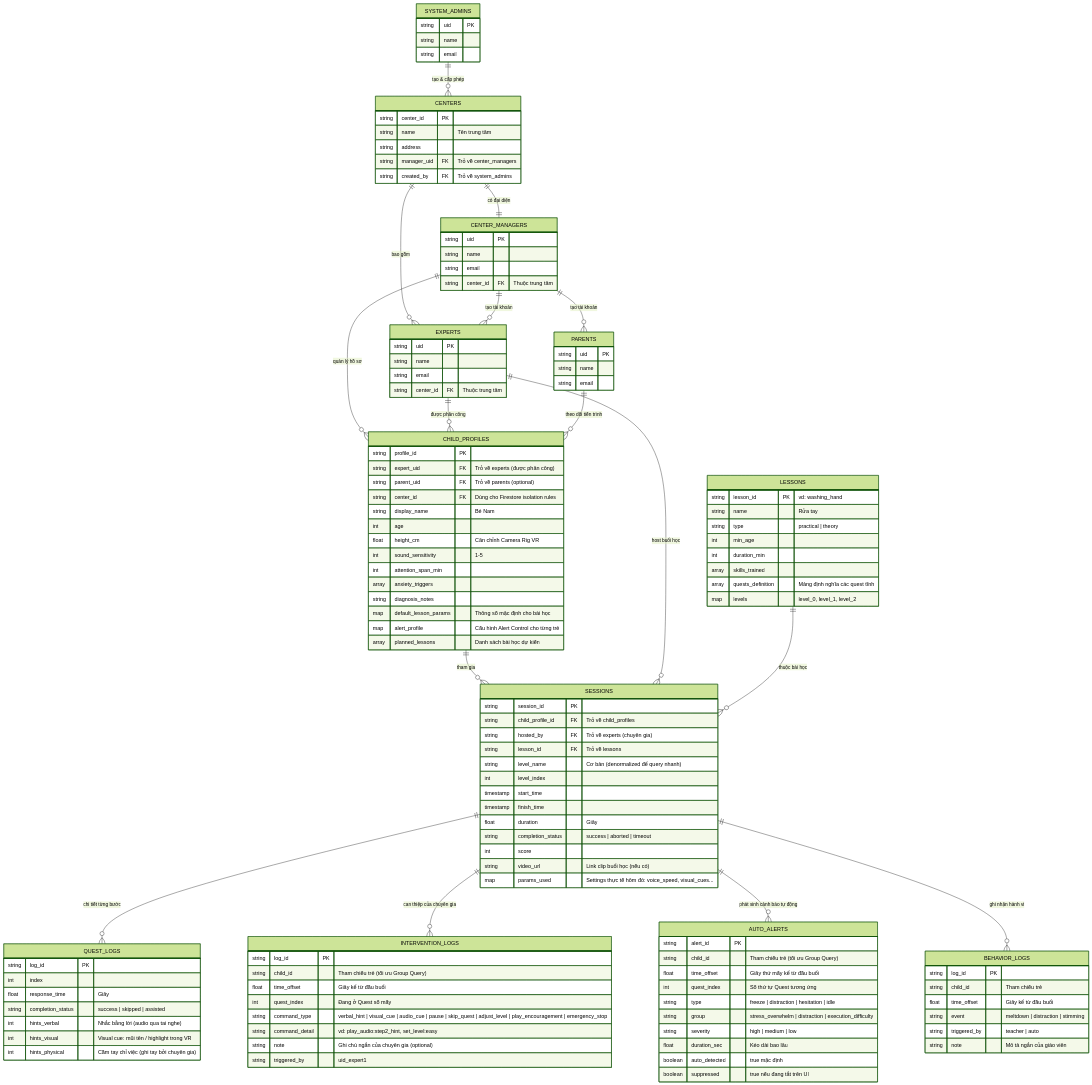
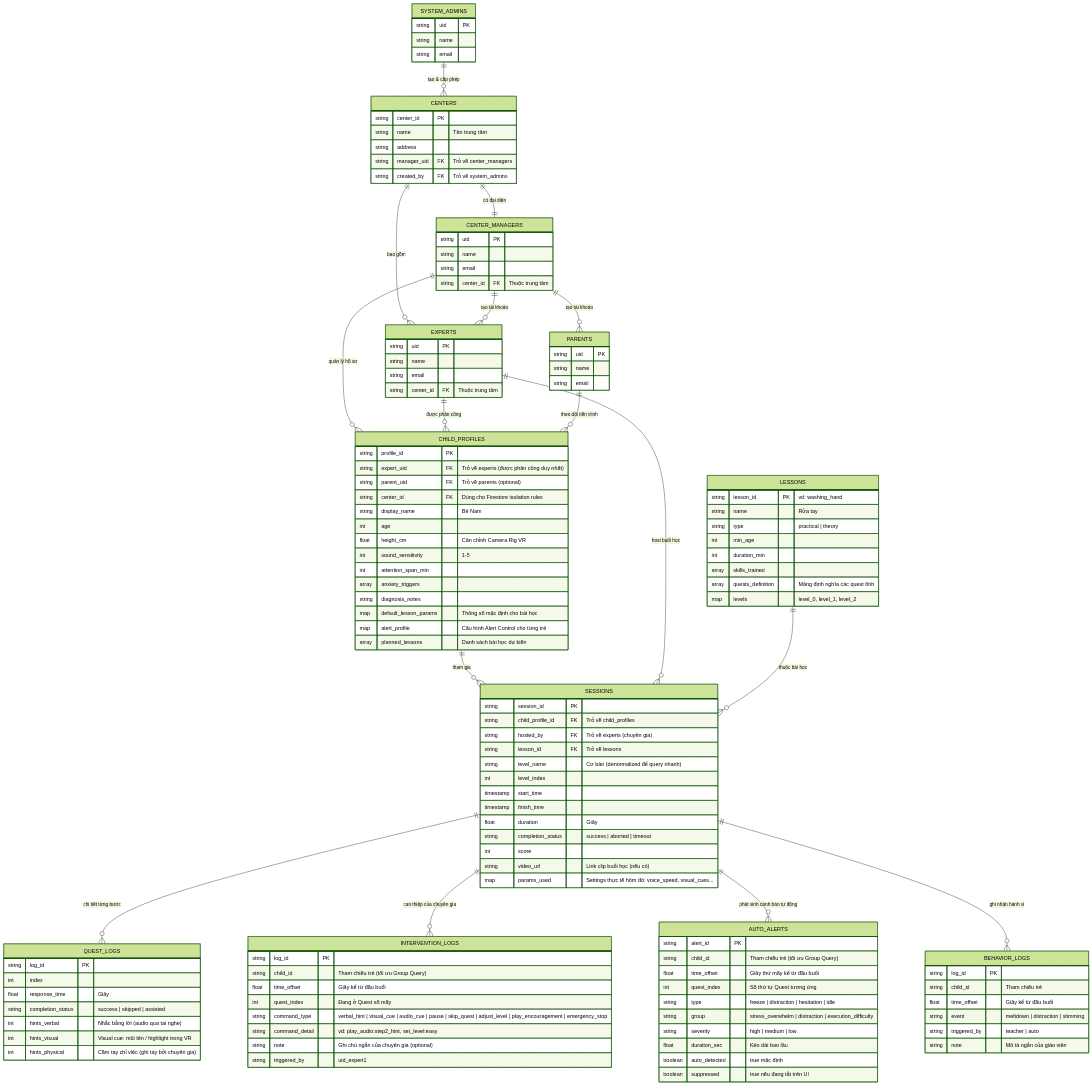
The first of 2 diagrams in doc/architecture/DATABASE_SCHEMA_DESIGN.md (notvux00/VRA-web), drawn with Mermaid (forest theme) before and after one commit. The commit also changed other lines of this file and 6 other files, not shown here.

```diff
--- a/doc/architecture/DATABASE_SCHEMA_DESIGN.md
+++ b/doc/architecture/DATABASE_SCHEMA_DESIGN.md
@@ -59,7 +59,7 @@
     %% ── DỮ LIỆU LÂM SÀNG ────────────────────────────────────
     CHILD_PROFILES {
         string profile_id PK
-        string expert_uid FK "Trỏ về experts (được phân công)"
+        string expert_uid FK "Trỏ về experts (được phân công duy nhất)"
         string parent_uid FK "Trỏ về parents (optional)"
         string center_id FK "Dùng cho Firestore isolation rules"
         string display_name "Bé Nam"
```
